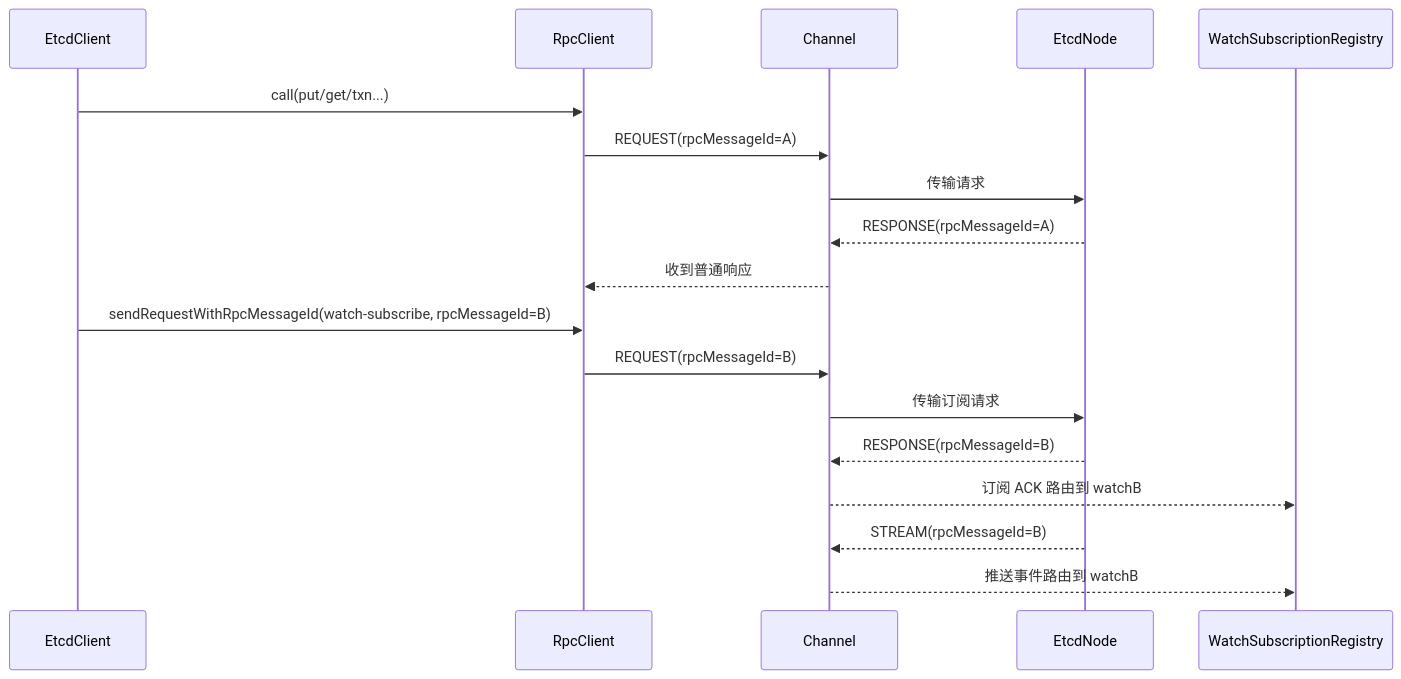
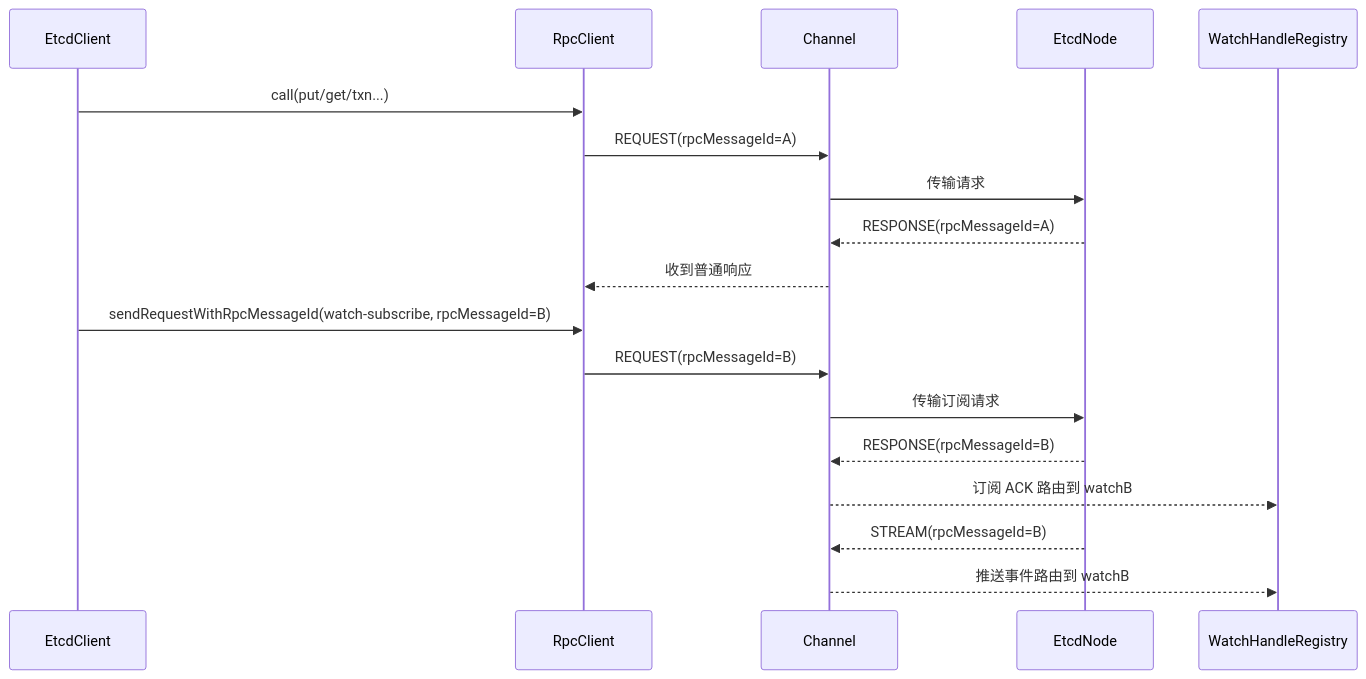
Before and after one commit to xhjkss/mini-etcd-project: the third of 3 diagrams in docs/architecture-06-watch.md, drawn with Mermaid. The commit also changed other lines of this file and 19 other files, not shown here.

Commit message:
refactor(kernel): 重构 WatchStore/WatchSubscribeRequest 与 channel 写路由，切换服务端分配 watchId，拆分控制面/数据面队列并收敛 subscribe 首帧与通知推送时序 refactor(sdk): 重构 EtcdClient 的 watch 处理链路（WatchHandleRegistry + DefaultWatchHandle），明确订阅建立、事件推送、取消关闭四阶段状态流转，统一并发场景下的状态收敛与消息分发时序

````diff
--- a/docs/architecture-06-watch.md
+++ b/docs/architecture-06-watch.md
@@ -171,23 +173,23 @@
 ```mermaid
 sequenceDiagram
     participant C as EtcdClient
     participant R as RpcClient
     participant CH as Channel
     participant N as EtcdNode
-    participant D as WatchSubscriptionRegistry
+    participant D as WatchHandleRegistry
 
     C->>R: call(put/get/txn...)
     R->>CH: REQUEST(rpcMessageId=A)
     CH->>N: 传输请求
     N-->>CH: RESPONSE(rpcMessageId=A)
     CH-->>R: 收到普通响应
 
     C->>R: sendRequestWithRpcMessageId(watch-subscribe, rpcMessageId=B)
     R->>CH: REQUEST(rpcMessageId=B)
     CH->>N: 传输订阅请求
     N-->>CH: RESPONSE(rpcMessageId=B)
     CH-->>D: 订阅 ACK 路由到 watchB
 
     N-->>CH: STREAM(rpcMessageId=B)
     CH-->>D: 推送事件路由到 watchB
 ```
````
